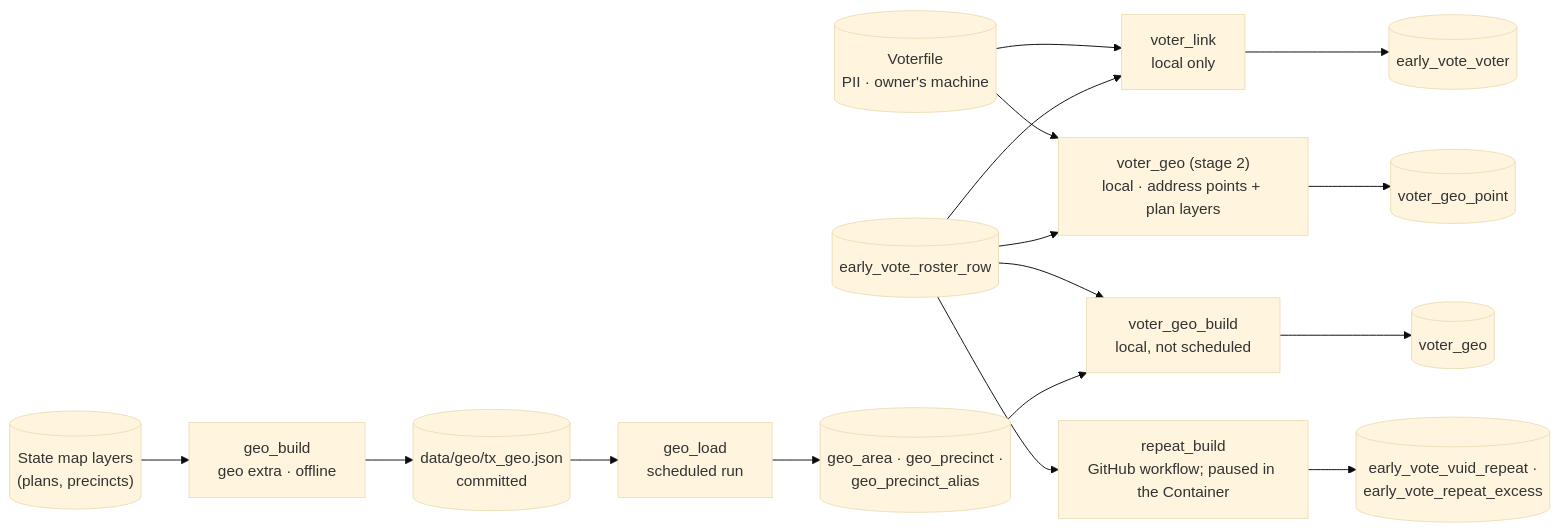
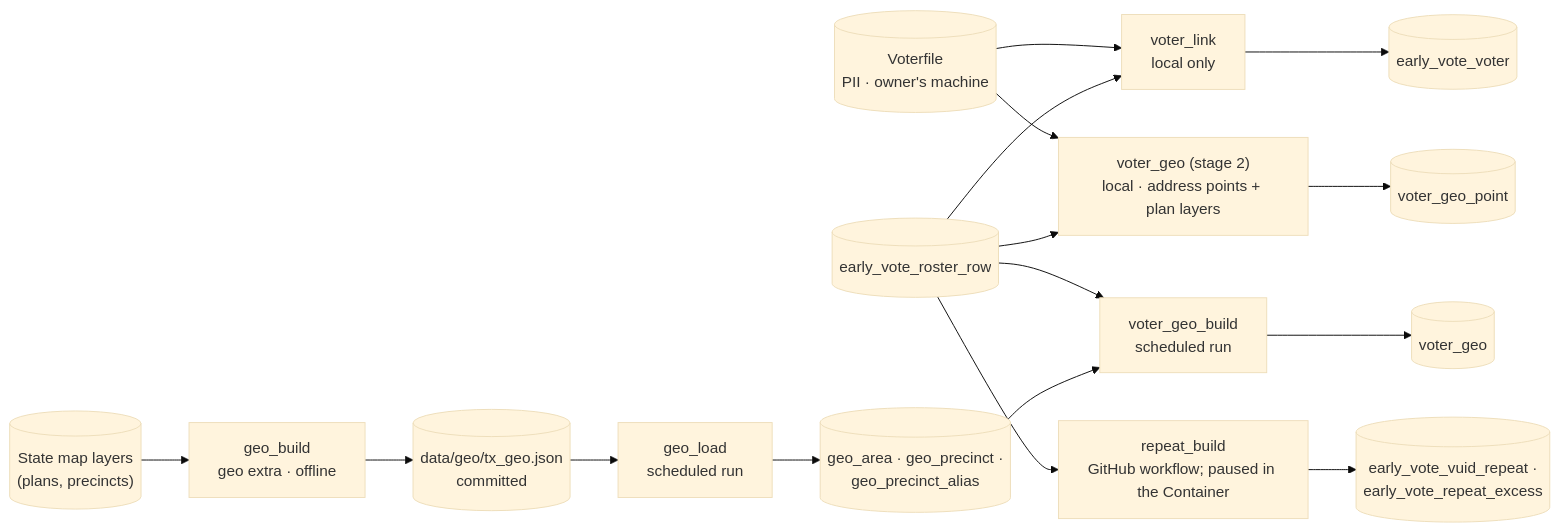
Before and after one commit to Abstract-Data/texas-turnout-scraper: the tenth of 11 diagrams in README.md, drawn with Mermaid (base theme). The commit also changed other lines of this file and 7 other files, not shown here.

First line of the commit message:
feat(ev-ingest): run voter_geo_build as the last step of the ingest run (ADR-015)

````diff
--- a/README.md
+++ b/README.md
@@ -412,13 +413,13 @@
 ```mermaid
 flowchart LR
     layers[("State map layers<br/>(plans, precincts)")] --> gb["geo_build<br/>geo extra · offline"]
     gb --> gj[("data/geo/tx_geo.json<br/>committed")]
     gj --> gl["geo_load<br/>scheduled run"] --> geo[("geo_area · geo_precinct ·<br/>geo_precinct_alias")]
     vf[("Voterfile<br/>PII · owner's machine")] --> vl["voter_link<br/>local only"] --> voter[("early_vote_voter")]
-    rr[("early_vote_roster_row")] --> vgb["voter_geo_build<br/>local, not scheduled"] --> vg[("voter_geo")]
+    rr[("early_vote_roster_row")] --> vgb["voter_geo_build<br/>scheduled run"] --> vg[("voter_geo")]
     geo --> vgb
     vf --> vgp["voter_geo (stage 2)<br/>local · address points + plan layers"] --> vgpt[("voter_geo_point")]
     rr --> vgp
     rr --> rb["repeat_build<br/>GitHub workflow; paused in the Container"] --> rep[("early_vote_vuid_repeat ·<br/>early_vote_repeat_excess")]
     rr --> vl
 ```
````
